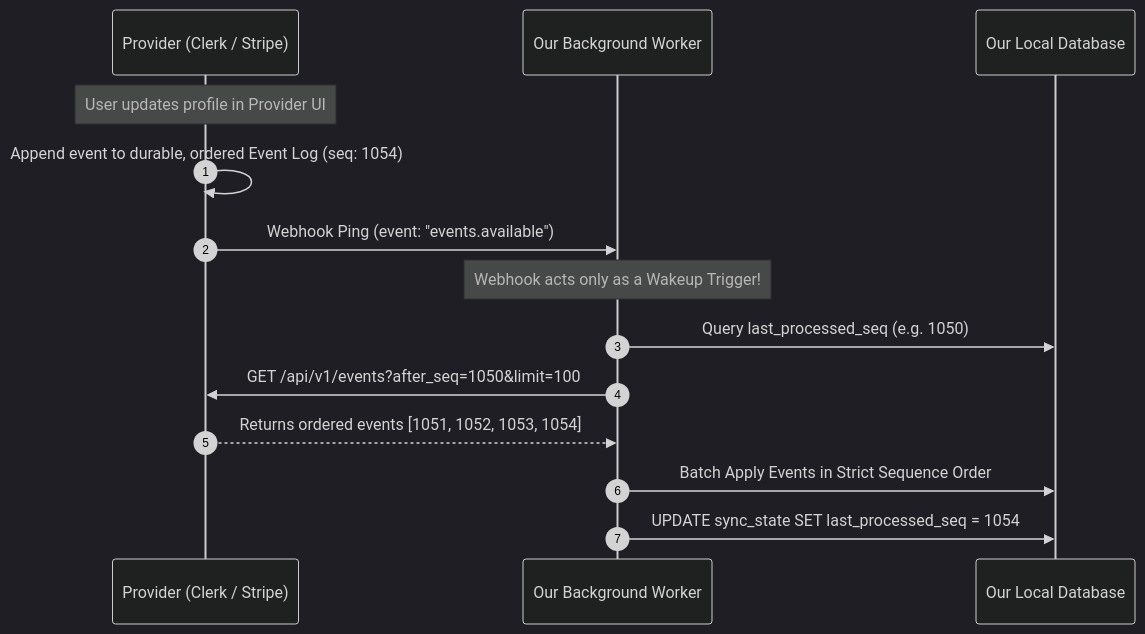
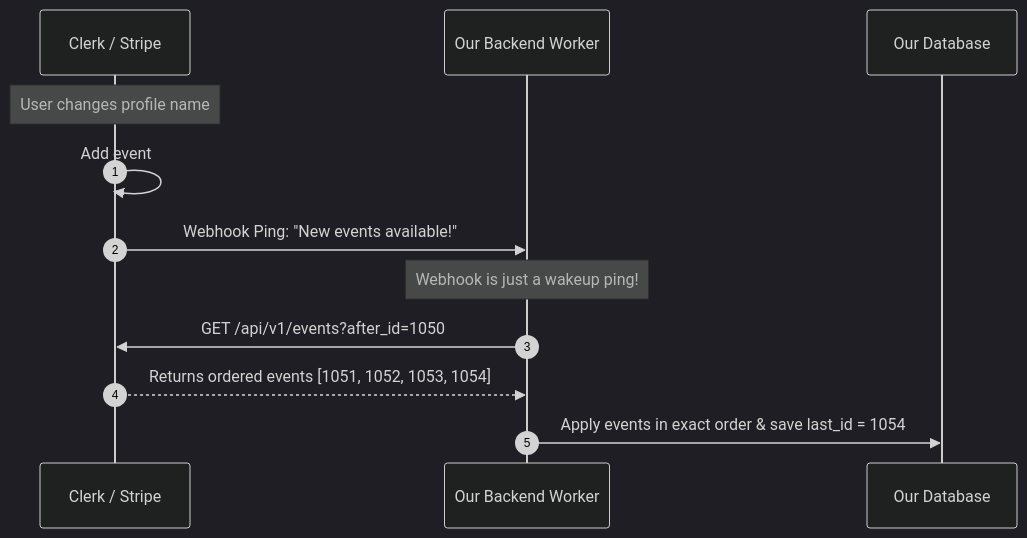
One commit to rohithgowda18/Notes changed the tenth of 10 diagrams in 07-Backend-Engineering/Webhooks.md. Above: the diagram before and after it, drawn with Mermaid (dark theme). The commit also changed other lines of this file, not shown here.

````diff
--- a/07-Backend-Engineering/Webhooks.md
+++ b/07-Backend-Engineering/Webhooks.md
@@ -574,19 +359,15 @@
 ```mermaid
 sequenceDiagram
     autonumber
-    participant Provider as Provider (Clerk / Stripe)
-    participant Consumer as Our Background Worker
-    participant DB as Our Local Database
+    participant Provider as Clerk / Stripe
+    participant App as Our Backend Worker
+    participant DB as Our Database
 
-    Note over Provider: User updates profile in Provider UI
-    Provider->>Provider: Append event to durable, ordered Event Log (seq: 1054)
-    Provider->>Consumer: Webhook Ping (event: "events.available")
-    
-    Note over Consumer: Webhook acts only as a Wakeup Trigger!
-    Consumer->>DB: Query last_processed_seq (e.g. 1050)
-    Consumer->>Provider: GET /api/v1/events?after_seq=1050&limit=100
-    Provider-->>Consumer: Returns ordered events [1051, 1052, 1053, 1054]
-    
-    Consumer->>DB: Batch Apply Events in Strict Sequence Order
-    Consumer->>DB: UPDATE sync_state SET last_processed_seq = 1054
+    Note over Provider: User changes profile name
+    Provider->>Provider: Add event #1054 to Event Log
+    Provider->>App: Webhook Ping: "New events available!"
+    Note over App: Webhook is just a wakeup ping!
+    App->>Provider: GET /api/v1/events?after_id=1050
+    Provider-->>App: Returns ordered events [1051, 1052, 1053, 1054]
+    App->>DB: Apply events in exact order & save last_id = 1054
 ```
````
